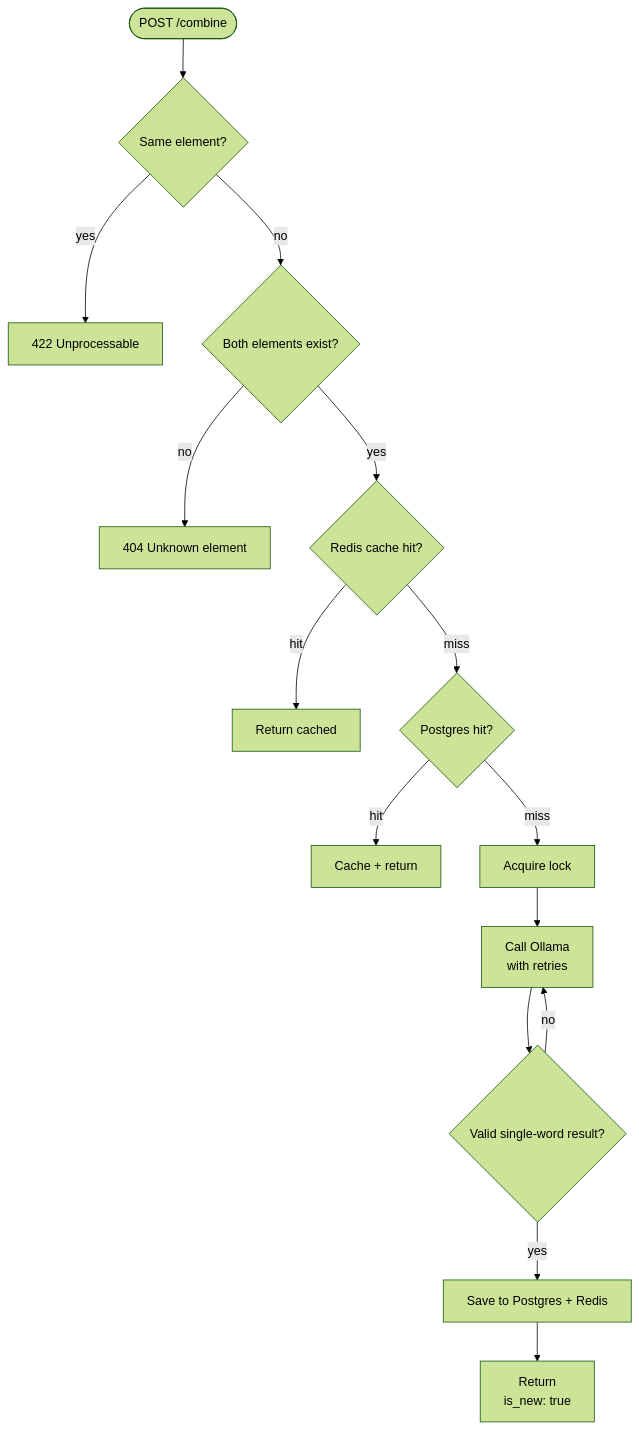
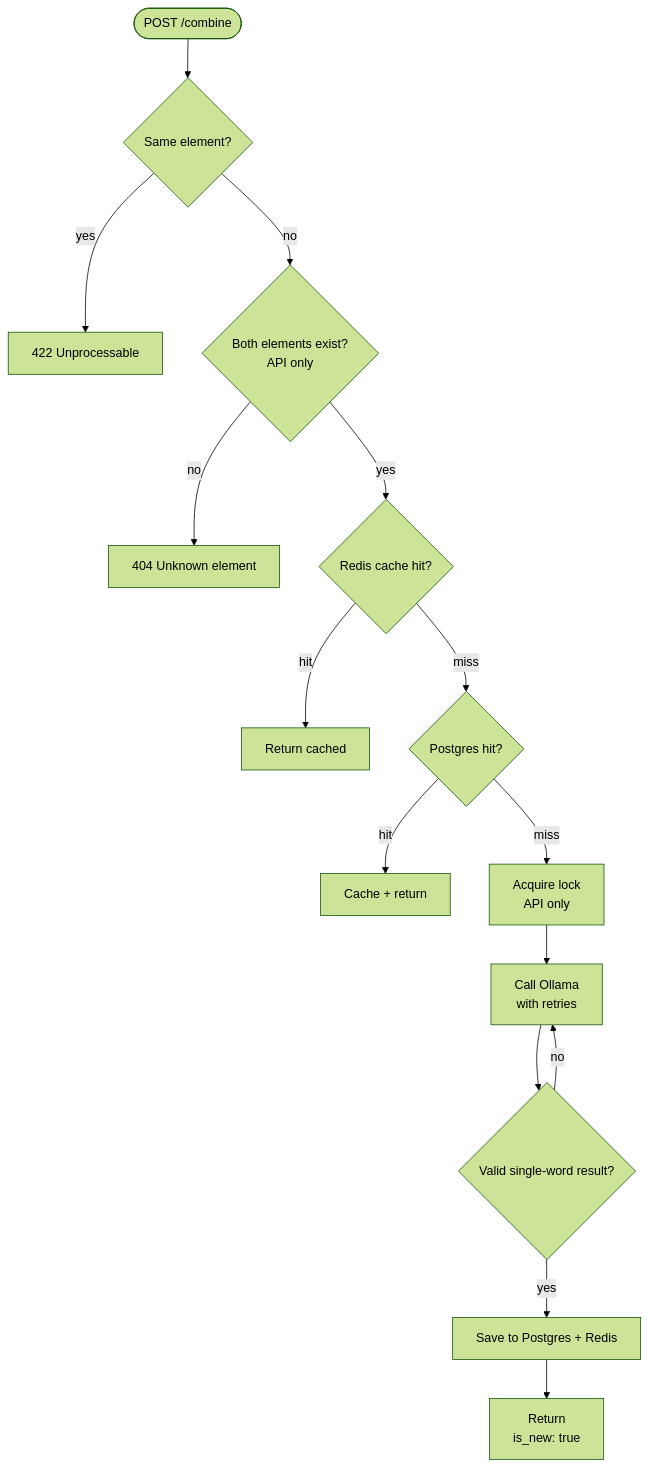
Before and after one commit to KarthikUdyawar/alchemy-crafter: the second of 4 diagrams in README.md, drawn with Mermaid (forest theme). The commit also changed 2 other files, not shown here.

Commit message:
docs: document 404 and 503, mark lock and existence check API only

````diff
--- a/README.md
+++ b/README.md
@@ -57,17 +57,17 @@
 ```mermaid
 flowchart TD
     A([POST /combine]) --> B{Same element?}
     B -->|yes| C[422 Unprocessable]
-    B -->|no| D{Both elements exist?}
+    B -->|no| D{Both elements exist?<br/>API only}
     D -->|no| E[404 Unknown element]
     D -->|yes| F{Redis cache hit?}
     F -->|hit| G[Return cached]
     F -->|miss| H{Postgres hit?}
     H -->|hit| I[Cache + return]
-    H -->|miss| J[Acquire lock]
+    H -->|miss| J[Acquire lock<br/>API only]
     J --> K[Call Ollama\nwith retries]
     K --> L{Valid single-word result?}
     L -->|no| K
     L -->|yes| M[Save to Postgres + Redis]
     M --> N[Return\nis_new: true]
 ```
````
